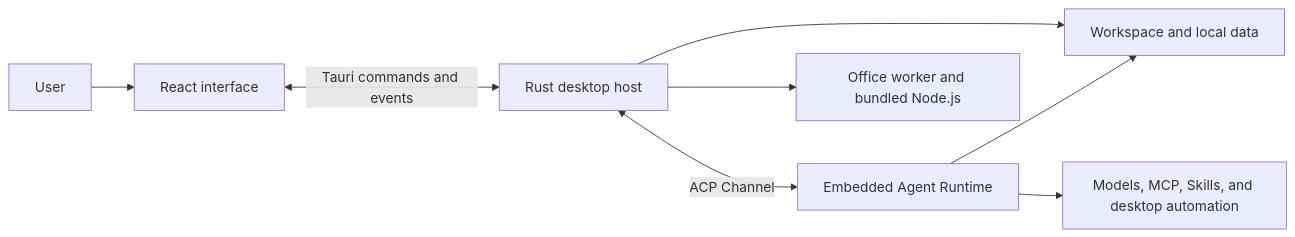
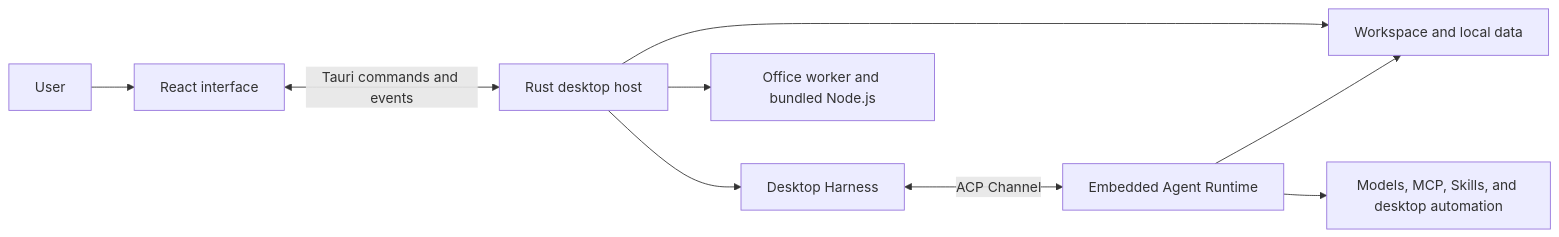
Before and after one commit to fuyuxiang/echo-agent-desktop: the diagram in README.en.md, drawn with Mermaid. The commit also changed other lines of this file and 4275 other files, not shown here.

````diff
--- a/README.en.md
+++ b/README.en.md
@@ -92,10 +92,11 @@
 ```mermaid
 flowchart LR
     User --> UI["React interface"]
     UI <-->|Tauri commands and events| Host["Rust desktop host"]
-    Host <-->|ACP Channel| Runtime["Embedded Agent Runtime"]
+    Host --> Harness["Desktop Harness"]
+    Harness <-->|ACP Channel| Runtime["Embedded Agent Runtime"]
     Host --> Office["Office worker and bundled Node.js"]
     Host --> Workspace["Workspace and local data"]
     Runtime --> Workspace
     Runtime --> Services["Models, MCP, Skills, and desktop automation"]
 ```
````
